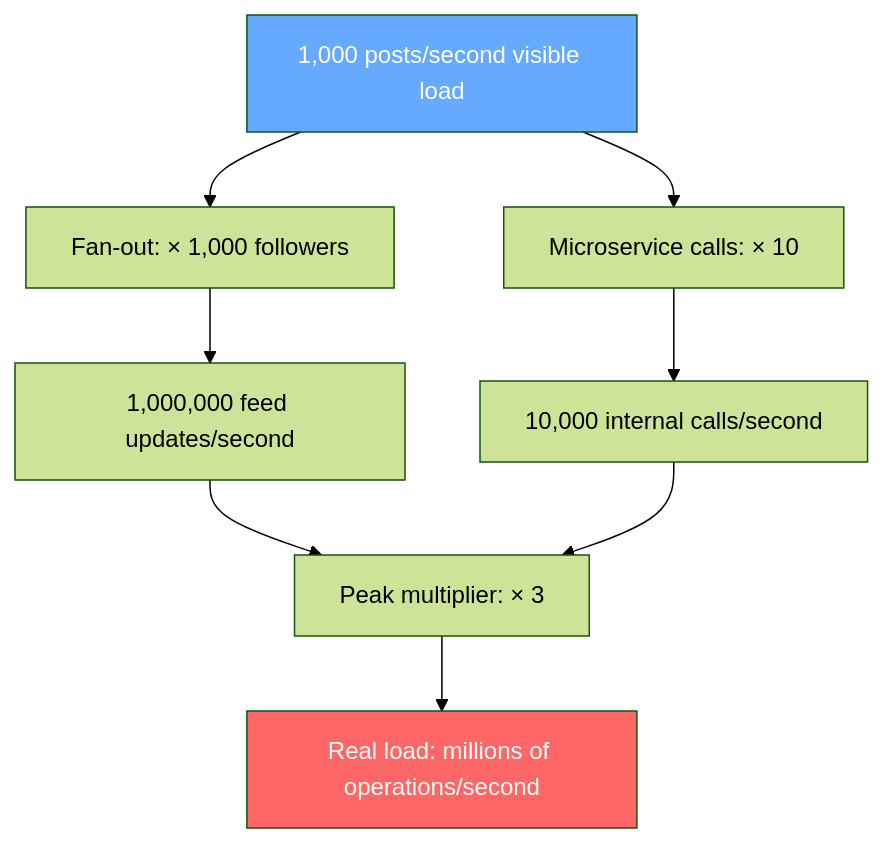
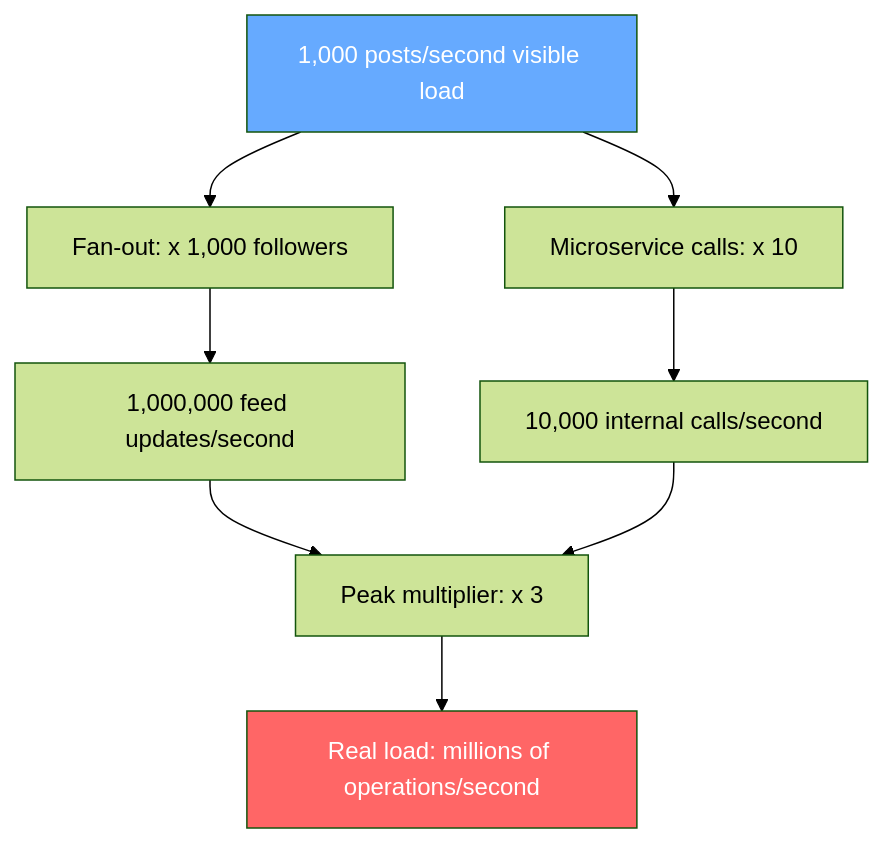
One commit to ranjeetnegi/System-Design-for-Staff-SWE changed the third of 17 diagrams in Section2/Chapter_16_Phase_3_Scale_Capacity_Planning.md. Above: the diagram before and after it, drawn with Mermaid (forest theme). The commit also changed other lines of this file and 20 other files, not shown here.

````diff
--- a/Section2/Chapter_16_Phase_3_Scale_Capacity_Planning.md
+++ b/Section2/Chapter_16_Phase_3_Scale_Capacity_Planning.md
@@ -186,12 +186,12 @@
 ```mermaid
 flowchart TD
-    A[1,000 posts/second visible load] --> B[Fan-out: × 1,000 followers]
+    A[1,000 posts/second visible load] --> B[Fan-out: x 1,000 followers]
     B --> C[1,000,000 feed updates/second]
-    A --> D[Microservice calls: × 10]
+    A --> D[Microservice calls: x 10]
     D --> E[10,000 internal calls/second]
-    C --> F[Peak multiplier: × 3]
+    C --> F[Peak multiplier: x 3]
     E --> F
     F --> G[Real load: millions of operations/second]
     style G fill:#f66,color:#fff
     style A fill:#6af,color:#fff
 ```
````
